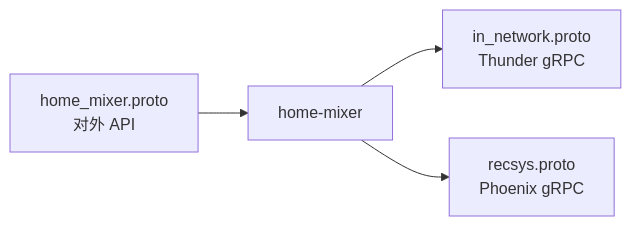
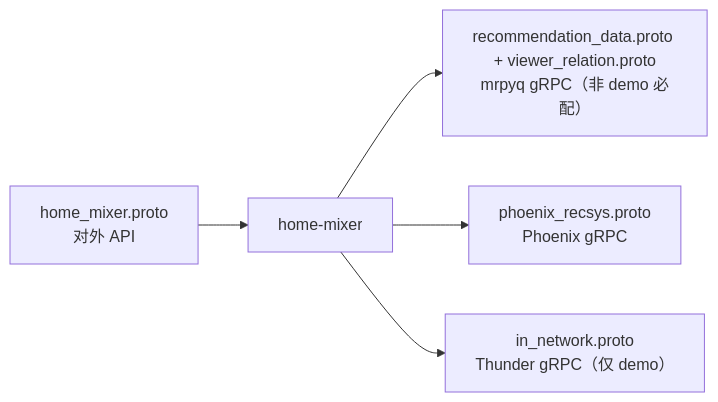
One commit to freefcw/x-algorithm changed the first of 3 diagrams in docs/home-mixer/05-external-deps-and-contracts.md. Above: the diagram before and after it, drawn with Mermaid. The commit also changed other lines of this file and 21 other files, not shown here.

````diff
--- a/docs/home-mixer/05-external-deps-and-contracts.md
+++ b/docs/home-mixer/05-external-deps-and-contracts.md
@@ -17,6 +18,7 @@
 ```mermaid
 flowchart LR
     HMProto["home_mixer.proto<br/>对外 API"] --> HM["home-mixer"]
-    HM --> TProto["in_network.proto<br/>Thunder gRPC"]
-    HM --> RProto["recsys.proto<br/>Phoenix gRPC"]
+    HM --> MProto["recommendation_data.proto + viewer_relation.proto<br/>mrpyq gRPC（非 demo 必配）"]
+    HM --> RProto["phoenix_recsys.proto<br/>Phoenix gRPC"]
+    HM --> TProto["in_network.proto<br/>Thunder gRPC（仅 demo）"]
 ```
````
